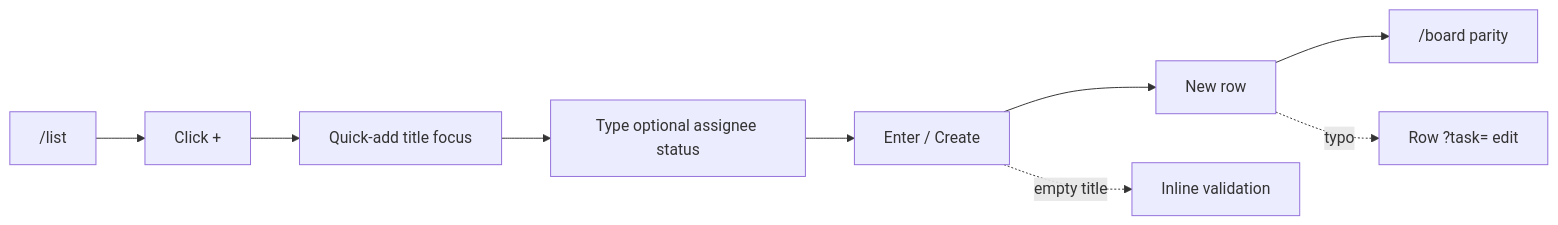
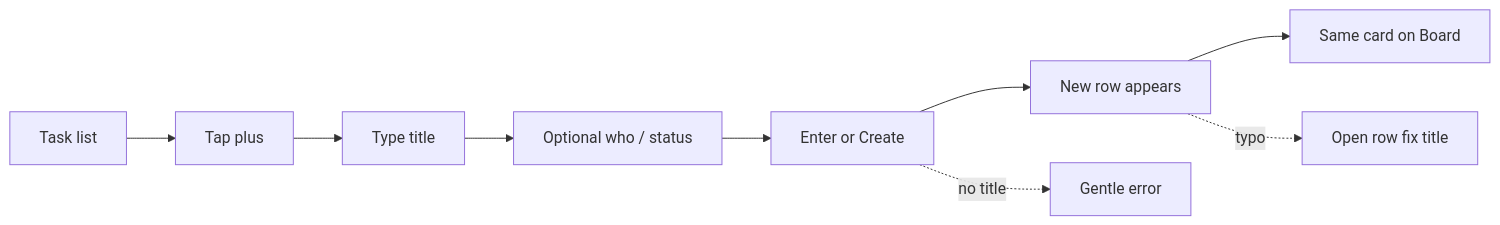
Before and after one commit to wildan-png/todoAppWorkflow-design: the second of 28 diagrams in research/user-journeys.md, drawn with Mermaid. The commit also changed other lines of this file, not shown here.

First line of the commit message:
docs: humanize user journey copy (Part A, steps, diagrams)

````diff
--- a/research/user-journeys.md
+++ b/research/user-journeys.md
@@ -105,11 +105,11 @@
 ```mermaid
 flowchart LR
-  L["/list"] --> P[Click +]
-  P --> Q[Quick-add title focus]
-  Q --> T[Type optional assignee status]
-  T --> E[Enter / Create]
-  E --> R[New row]
-  R --> B["/board parity"]
-  E -.->|empty title| V[Inline validation]
-  R -.->|typo| D["Row ?task= edit"]
+  L[Task list] --> P[Tap plus]
+  P --> Q[Type title]
+  Q --> T[Optional who / status]
+  T --> E[Enter or Create]
+  E --> R[New row appears]
+  R --> B[Same card on Board]
+  E -.->|no title| V[Gentle error]
+  R -.->|typo| D[Open row fix title]
 ```
````
